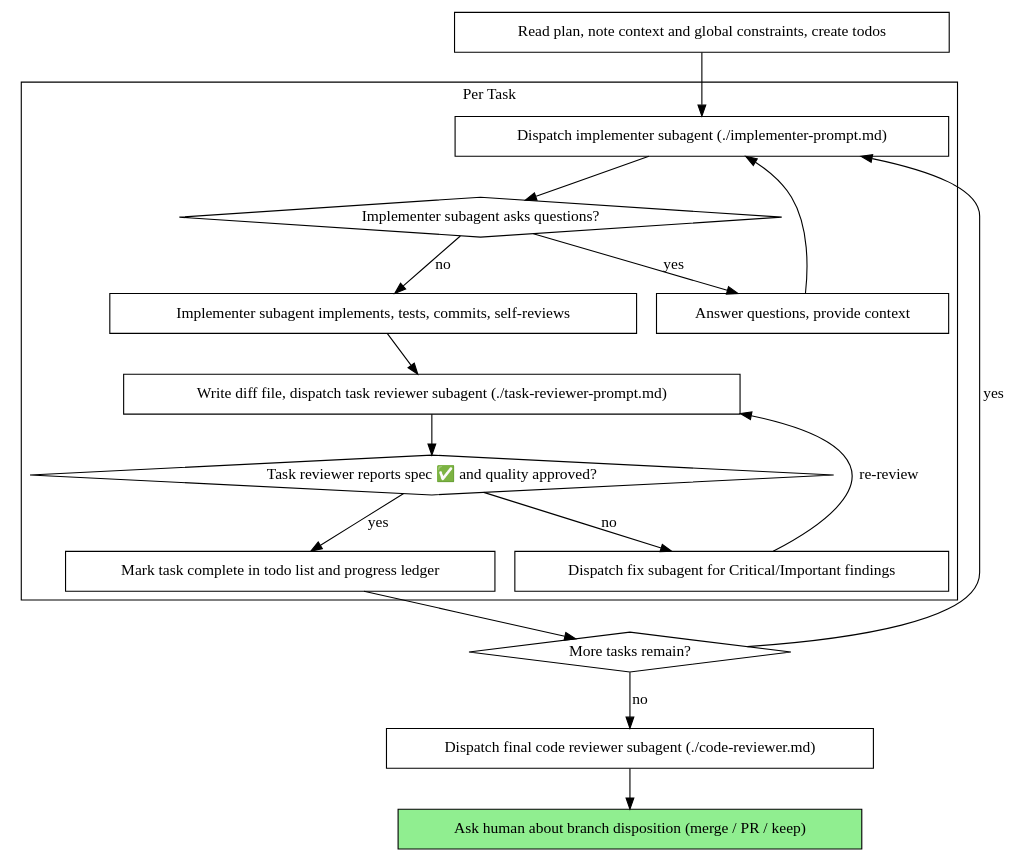
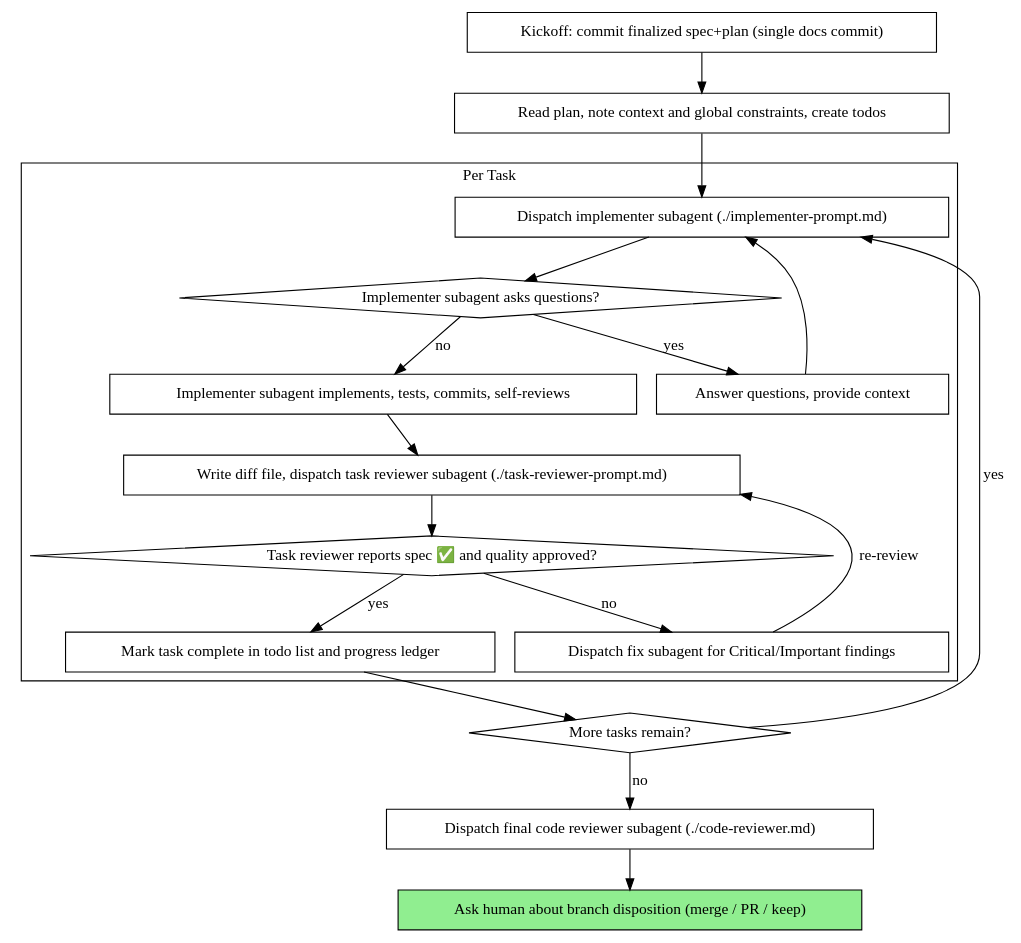
One commit to ipoeyke/minipowers changed the second of 2 diagrams in skills/subagent-driven-development/SKILL.md. Above: the diagram before and after it, drawn with Graphviz. The commit also changed other lines of this file and 2 other files, not shown here.

Commit message:
feat: single docs commit at execution start, no plan review gate

````diff
--- a/skills/subagent-driven-development/SKILL.md
+++ b/skills/subagent-driven-development/SKILL.md
@@ -37,37 +37,39 @@
 ```dot
 digraph process {
     rankdir=TB;
 
     subgraph cluster_per_task {
         label="Per Task";
         "Dispatch implementer subagent (./implementer-prompt.md)" [shape=box];
         "Implementer subagent asks questions?" [shape=diamond];
         "Answer questions, provide context" [shape=box];
         "Implementer subagent implements, tests, commits, self-reviews" [shape=box];
         "Write diff file, dispatch task reviewer subagent (./task-reviewer-prompt.md)" [shape=box];
         "Task reviewer reports spec ✅ and quality approved?" [shape=diamond];
         "Dispatch fix subagent for Critical/Important findings" [shape=box];
         "Mark task complete in todo list and progress ledger" [shape=box];
     }
 
+    "Kickoff: commit finalized spec+plan (single docs commit)" [shape=box];
     "Read plan, note context and global constraints, create todos" [shape=box];
     "More tasks remain?" [shape=diamond];
     "Dispatch final code reviewer subagent (./code-reviewer.md)" [shape=box];
     "Ask human about branch disposition (merge / PR / keep)" [shape=box style=filled fillcolor=lightgreen];
 
+    "Kickoff: commit finalized spec+plan (single docs commit)" -> "Read plan, note context and global constraints, create todos";
     "Read plan, note context and global constraints, create todos" -> "Dispatch implementer subagent (./implementer-prompt.md)";
     "Dispatch implementer subagent (./implementer-prompt.md)" -> "Implementer subagent asks questions?";
     "Implementer subagent asks questions?" -> "Answer questions, provide context" [label="yes"];
     "Answer questions, provide context" -> "Dispatch implementer subagent (./implementer-prompt.md)";
     "Implementer subagent asks questions?" -> "Implementer subagent implements, tests, commits, self-reviews" [label="no"];
     "Implementer subagent implements, tests, commits, self-reviews" -> "Write diff file, dispatch task reviewer subagent (./task-reviewer-prompt.md)";
     "Write diff file, dispatch task reviewer subagent (./task-reviewer-prompt.md)" -> "Task reviewer reports spec ✅ and quality approved?";
     "Task reviewer reports spec ✅ and quality approved?" -> "Dispatch fix subagent for Critical/Important findings" [label="no"];
     "Dispatch fix subagent for Critical/Important findings" -> "Write diff file, dispatch task reviewer subagent (./task-reviewer-prompt.md)" [label="re-review"];
     "Task reviewer reports spec ✅ and quality approved?" -> "Mark task complete in todo list and progress ledger" [label="yes"];
     "Mark task complete in todo list and progress ledger" -> "More tasks remain?";
     "More tasks remain?" -> "Dispatch implementer subagent (./implementer-prompt.md)" [label="yes"];
     "More tasks remain?" -> "Dispatch final code reviewer subagent (./code-reviewer.md)" [label="no"];
     "Dispatch final code reviewer subagent (./code-reviewer.md)" -> "Ask human about branch disposition (merge / PR / keep)";
 }
 ```
````
